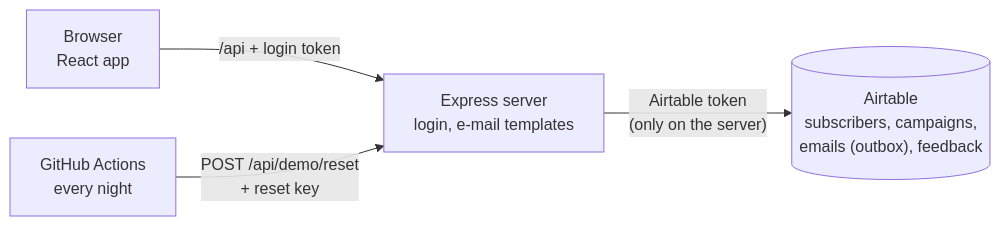
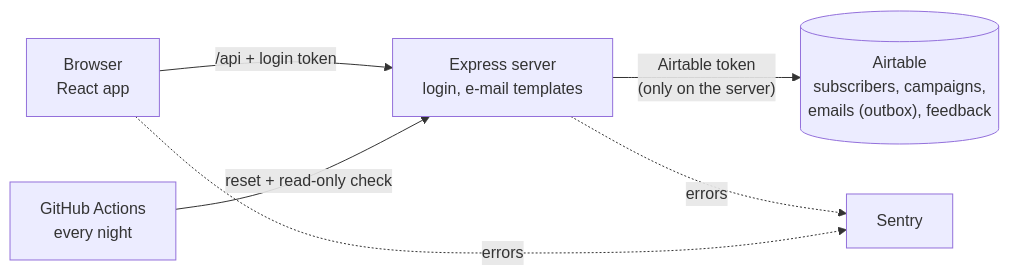
One commit to SzymonRojek/email-campaign-react-airtable changed the diagram in README.md. Above: the diagram before and after it, drawn with Mermaid. The commit also changed other lines of this file and 4 other files, not shown here.

````diff
--- a/README.md
+++ b/README.md
@@ -77,6 +122,8 @@
 ```mermaid
 flowchart LR
   B["Browser<br/>React app"] -- "/api + login token" --> S["Express server<br/>login, e-mail templates"]
   S -- "Airtable token<br/>(only on the server)" --> A[("Airtable<br/>subscribers, campaigns,<br/>emails (outbox), feedback")]
-  G["GitHub Actions<br/>every night"] -- "POST /api/demo/reset<br/>+ reset key" --> S
+  S -. errors .-> M["Sentry"]
+  B -. errors .-> M
+  G["GitHub Actions<br/>every night"] -- "reset + read-only check" --> S
 ```
````
